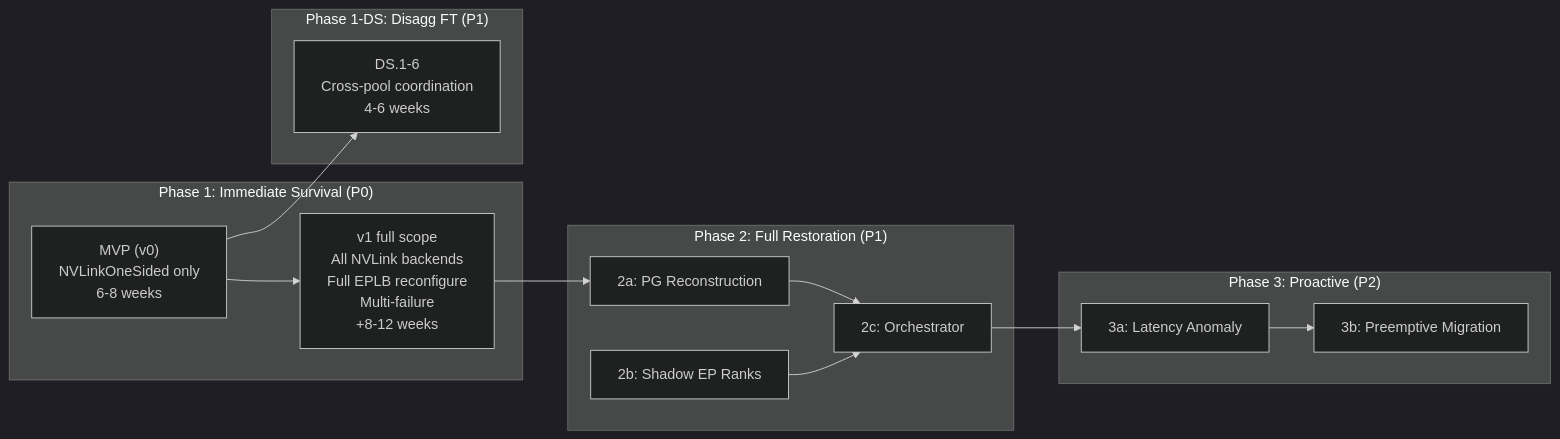
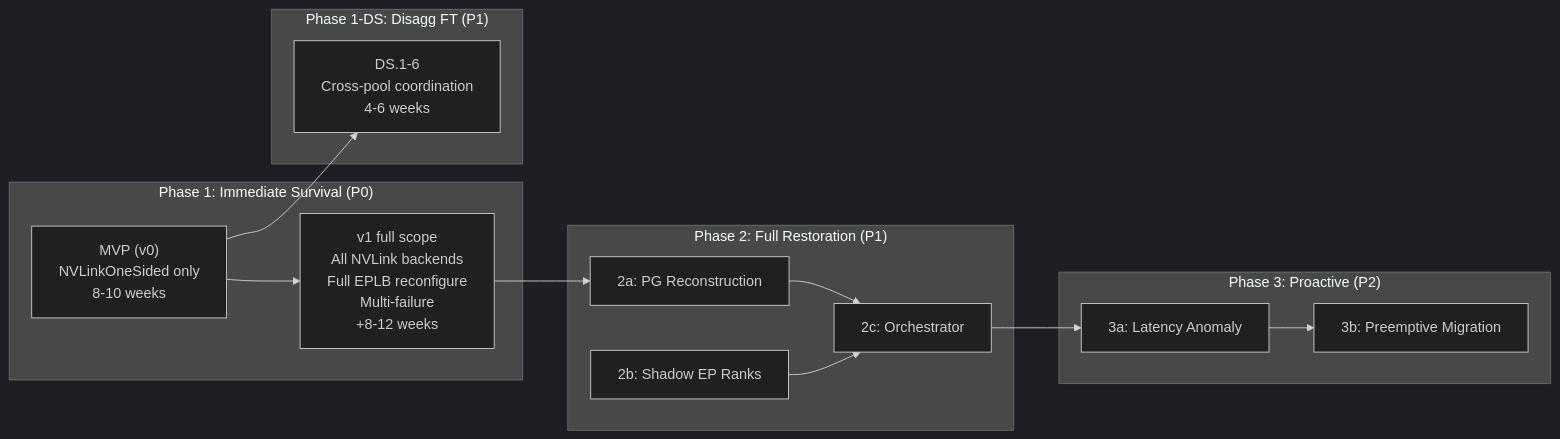
One commit to chienchunhung/TensorRT-LLM changed the first of 2 diagrams in docs/design/wide-ep-fault-tolerance/09-implementation-plan.md. Above: the diagram before and after it, drawn with Mermaid (dark theme). The commit also changed other lines of this file and 9 other files, not shown here.

````diff
--- a/docs/design/wide-ep-fault-tolerance/09-implementation-plan.md
+++ b/docs/design/wide-ep-fault-tolerance/09-implementation-plan.md
@@ -7,30 +7,30 @@
 ```mermaid
 graph LR
     subgraph "Phase 1: Immediate Survival (P0)"
-        MVP["MVP (v0)<br/>NVLinkOneSided only<br/>6-8 weeks"]
+        MVP["MVP (v0)<br/>NVLinkOneSided only<br/>8-10 weeks"]
         P1V1["v1 full scope<br/>All NVLink backends<br/>Full EPLB reconfigure<br/>Multi-failure<br/>+8-12 weeks"]
         MVP --> P1V1
     end
 
     subgraph "Phase 1-DS: Disagg FT (P1)"
         DS["DS.1-6<br/>Cross-pool coordination<br/>4-6 weeks"]
     end
 
     subgraph "Phase 2: Full Restoration (P1)"
         P2A["2a: PG Reconstruction"]
         P2B["2b: Shadow EP Ranks"]
         P2C["2c: Orchestrator"]
         P2A --> P2C
         P2B --> P2C
     end
 
     subgraph "Phase 3: Proactive (P2)"
         P3A["3a: Latency Anomaly"]
         P3B["3b: Preemptive Migration"]
         P3A --> P3B
     end
 
     MVP --> DS
     P1V1 --> P2A
     P2C --> P3A
 ```
````
